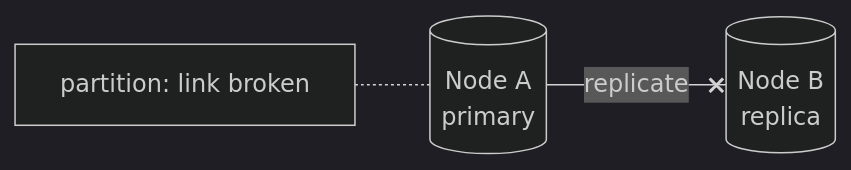
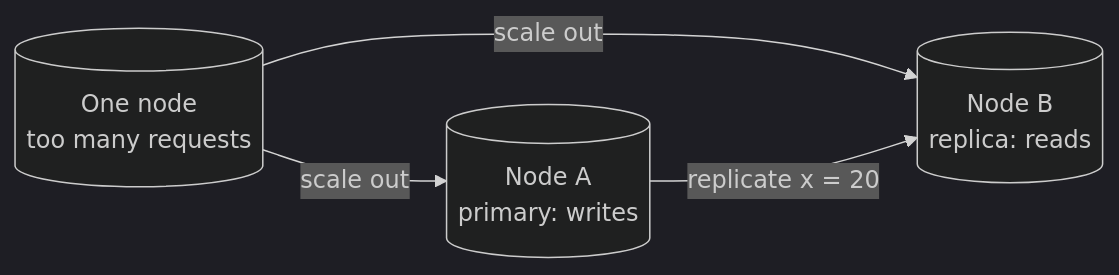
Before and after one commit to aaryan-pradhan/core-cs-fundamentals: the first of 8 diagrams in dbms/20-cap-theorem.md, drawn with Mermaid (dark theme). The commit also changed other lines of this file, not shown here.

````diff
--- a/dbms/20-cap-theorem.md
+++ b/dbms/20-cap-theorem.md
@@ -23,5 +9,6 @@
-         ```mermaid
-         flowchart LR
-           A[("Node A<br/>primary")] -- "replicate" --x B[("Node B<br/>replica")]
-           X["partition: link broken"] -.- A
-         ```
+```mermaid
+flowchart LR
+  S[("One node<br/>too many requests")] -->|"scale out"| A[("Node A<br/>primary: writes")]
+  S -->|"scale out"| B[("Node B<br/>replica: reads")]
+  A -->|"replicate x = 20"| B
+```
````
